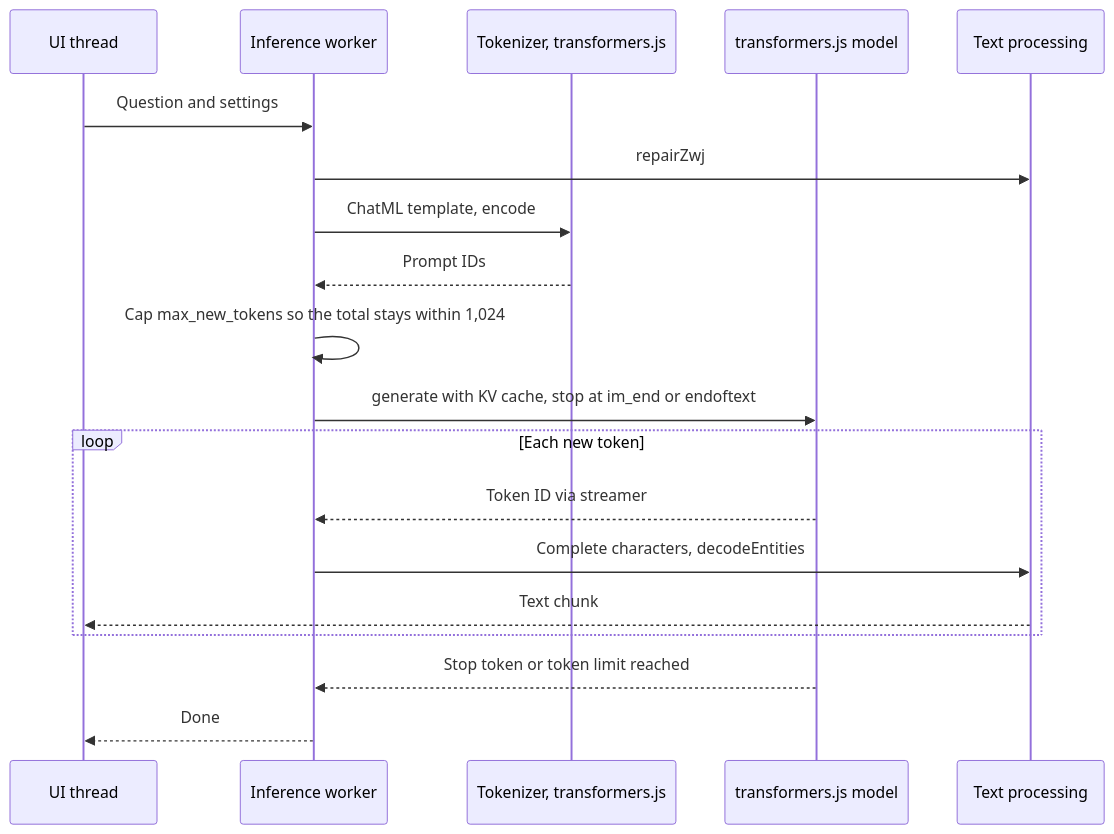
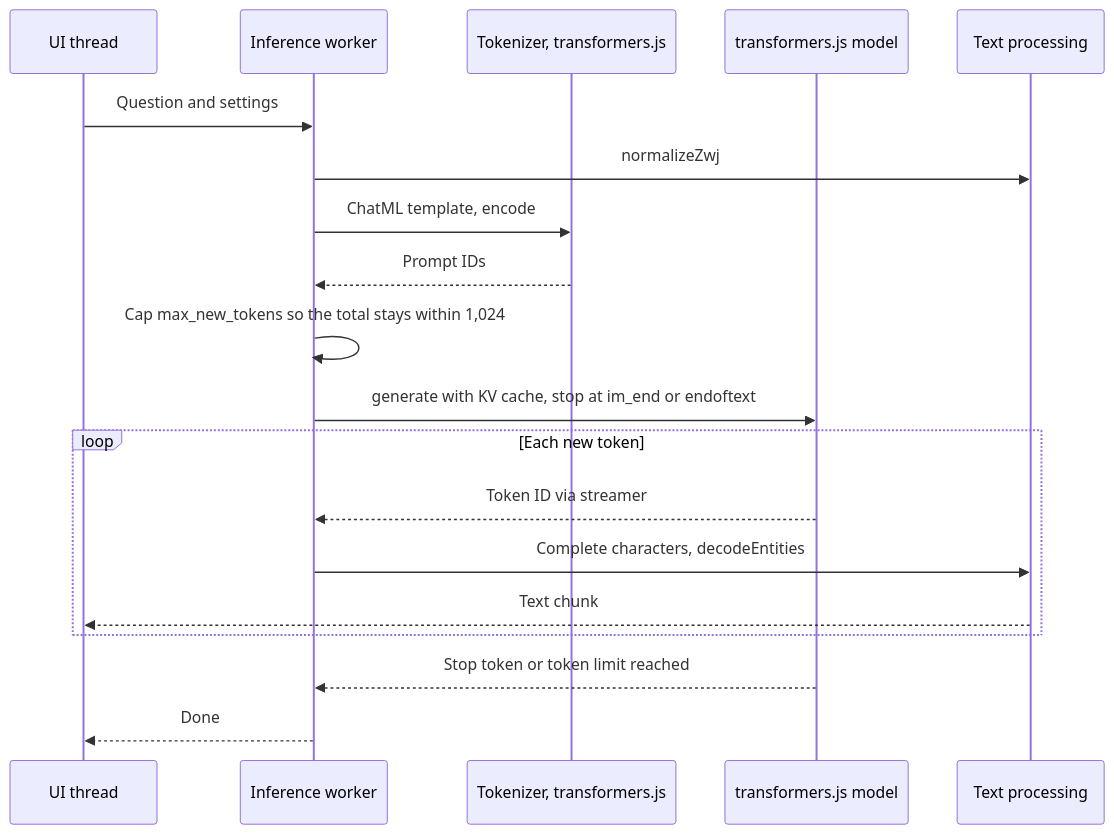
One commit to sinsankio/sinhalalm-offline changed the fourth of 6 diagrams in docs/sinhalalm-browser-proposal.md. Above: the diagram before and after it, drawn with Mermaid. The commit also changed other lines of this file and 3 other files, not shown here.

````diff
--- a/docs/sinhalalm-browser-proposal.md
+++ b/docs/sinhalalm-browser-proposal.md
@@ -215,21 +215,21 @@
 ```mermaid
 sequenceDiagram
   participant UI as UI thread
   participant W as Inference worker
   participant T as Tokenizer, transformers.js
   participant RT as transformers.js model
   participant P as Text processing
   UI->>W: Question and settings
-  W->>P: repairZwj
+  W->>P: normalizeZwj
   W->>T: ChatML template, encode
   T-->>W: Prompt IDs
   W->>W: Cap max_new_tokens so the total stays within 1,024
   W->>RT: generate with KV cache, stop at im_end or endoftext
   loop Each new token
     RT-->>W: Token ID via streamer
     W->>P: Complete characters, decodeEntities
     P-->>UI: Text chunk
   end
   RT-->>W: Stop token or token limit reached
   W-->>UI: Done
 ```
````
